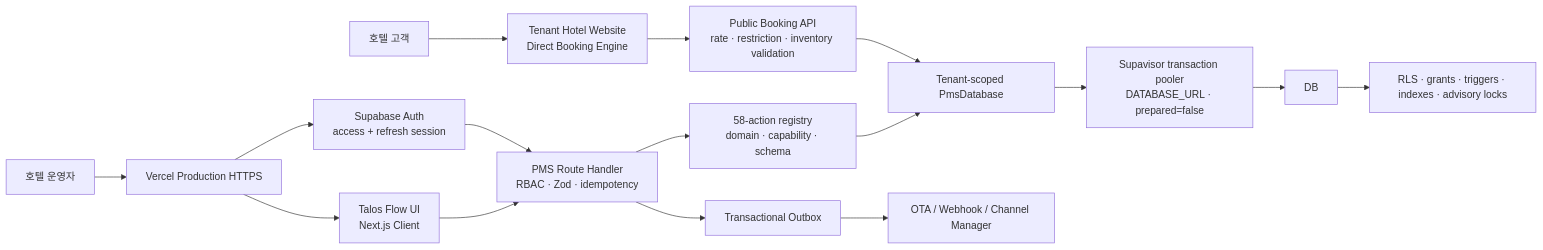
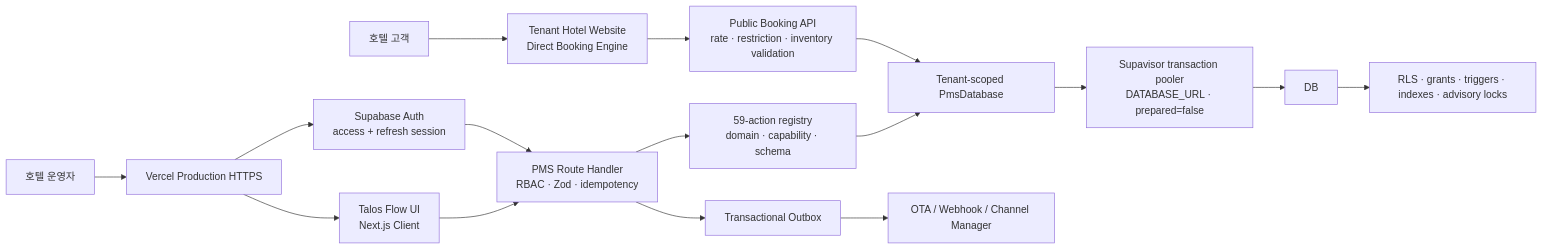
One commit to sksmsrkk-glitch/Aurora_PMS changed the first of 4 diagrams in docs/architecture.md. Above: the diagram before and after it, drawn with Mermaid. The commit also changed other lines of this file and 29 other files, not shown here.

````diff
--- a/docs/architecture.md
+++ b/docs/architecture.md
@@ -40,18 +40,18 @@
 ```mermaid
 flowchart LR
   U["호텔 운영자"] --> VERCEL["Vercel Production HTTPS"]
   G["호텔 고객"] --> WEB["Tenant Hotel Website\nDirect Booking Engine"]
   VERCEL --> AUTH["Supabase Auth\naccess + refresh session"]
   VERCEL --> UI["Talos Flow UI\nNext.js Client"]
   AUTH --> API["PMS Route Handler\nRBAC · Zod · idempotency"]
   UI --> API
   WEB --> BOOKING["Public Booking API\nrate · restriction · inventory validation"]
-  API --> REGISTRY["58-action registry\ndomain · capability · schema"]
+  API --> REGISTRY["59-action registry\ndomain · capability · schema"]
   REGISTRY --> ADAPTER["Tenant-scoped PmsDatabase"]
   BOOKING --> ADAPTER
   ADAPTER --> PG["Supavisor transaction pooler\nDATABASE_URL · prepared=false"]
   PG --> DB
   DB --> GUARD["RLS · grants · triggers · indexes · advisory locks"]
   API --> OUTBOX["Transactional Outbox"]
   OUTBOX --> OTA["OTA / Webhook / Channel Manager"]
 ```
````
